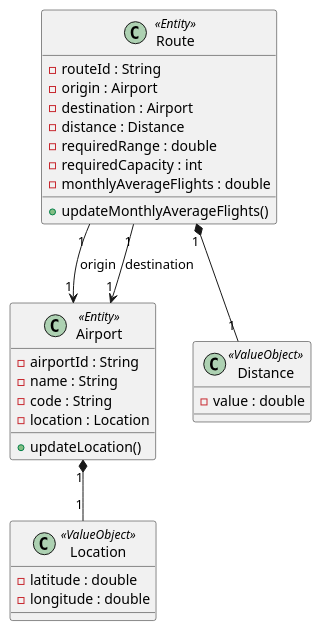
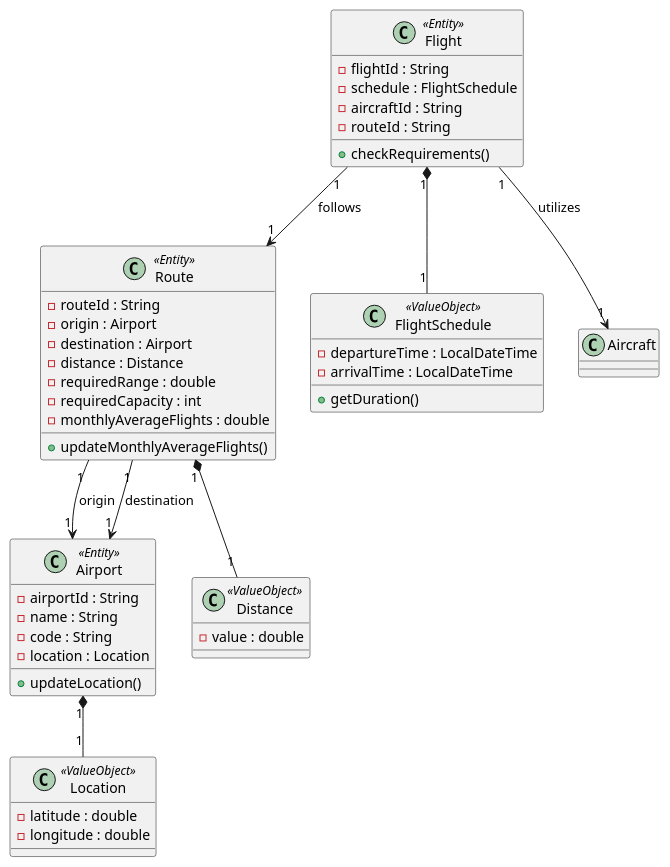
The diagram in src/diagram.puml (Vaz-iwnl/Leti_2da_Psoft_2026), drawn with PlantUML before and after one commit. The commit also changed 2 other files, not shown here.

Commit message:
Classes Flight e FlightSchedule

```diff
--- a/src/diagram.puml
+++ b/src/diagram.puml
@@ -1,37 +1,55 @@
 @startuml
 
 class Airport <<Entity>> {
   - airportId : String
   - name : String
   - code : String
   - location : Location
   + updateLocation()
 }
 
 class Route <<Entity>> {
   - routeId : String
   - origin : Airport
   - destination : Airport
   - distance : Distance
   - requiredRange : double
   - requiredCapacity : int
   - monthlyAverageFlights : double
   + updateMonthlyAverageFlights()
 }
 
 class Location <<ValueObject>> {
   - latitude : double
   - longitude : double
 }
 
 class Distance <<ValueObject>> {
   - value : double
 }
 
+class Flight <<Entity>> {
+  - flightId : String
+  - schedule : FlightSchedule
+  - aircraftId : String
+  - routeId : String
+  + checkRequirements()
+}
+
+class FlightSchedule <<ValueObject>> {
+  - departureTime : LocalDateTime
+  - arrivalTime : LocalDateTime
+  + getDuration()
+}
+
+Flight "1" --> "1" Route : follows
+Flight "1" --> "1" Aircraft : utilizes
+Flight "1" *-- "1" FlightSchedule
+
 Airport "1" *-- "1" Location
 Route "1" *-- "1" Distance
 
 Route "1" --> "1" Airport : origin
 Route "1" --> "1" Airport : destination
 
 @enduml
```
